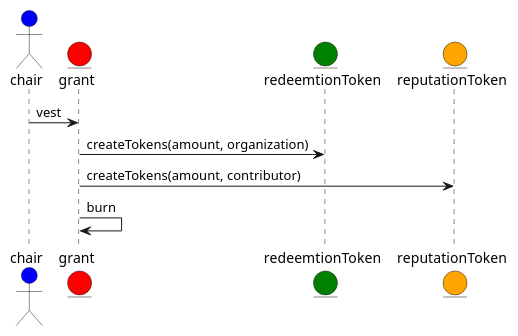
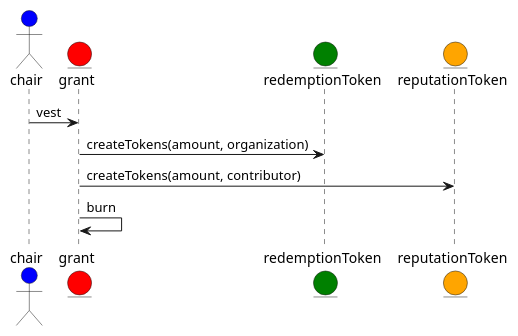
One commit to EntEthAlliance/EEA-Trusted-Reward-Token changed the third of 3 diagrams in ttf/grant-flow.md. Above: the diagram before and after it, drawn with PlantUML. The commit also changed other lines of this file and 3 other files, not shown here.

````diff
--- a/ttf/grant-flow.md
+++ b/ttf/grant-flow.md
@@ -57,13 +57,13 @@
 ```plantuml
 @startuml component
     actor chair #blue
     entity grant #red
-    entity redeemtionToken #green
+    entity redemptionToken #green
     entity reputationToken #orange
 
     chair ->  grant: vest
-    grant -> redeemtionToken: createTokens(amount, organization)
+    grant -> redemptionToken: createTokens(amount, organization)
     grant -> reputationToken: createTokens(amount, contributor)
     grant -> grant: burn
 @enduml
 ```
````
